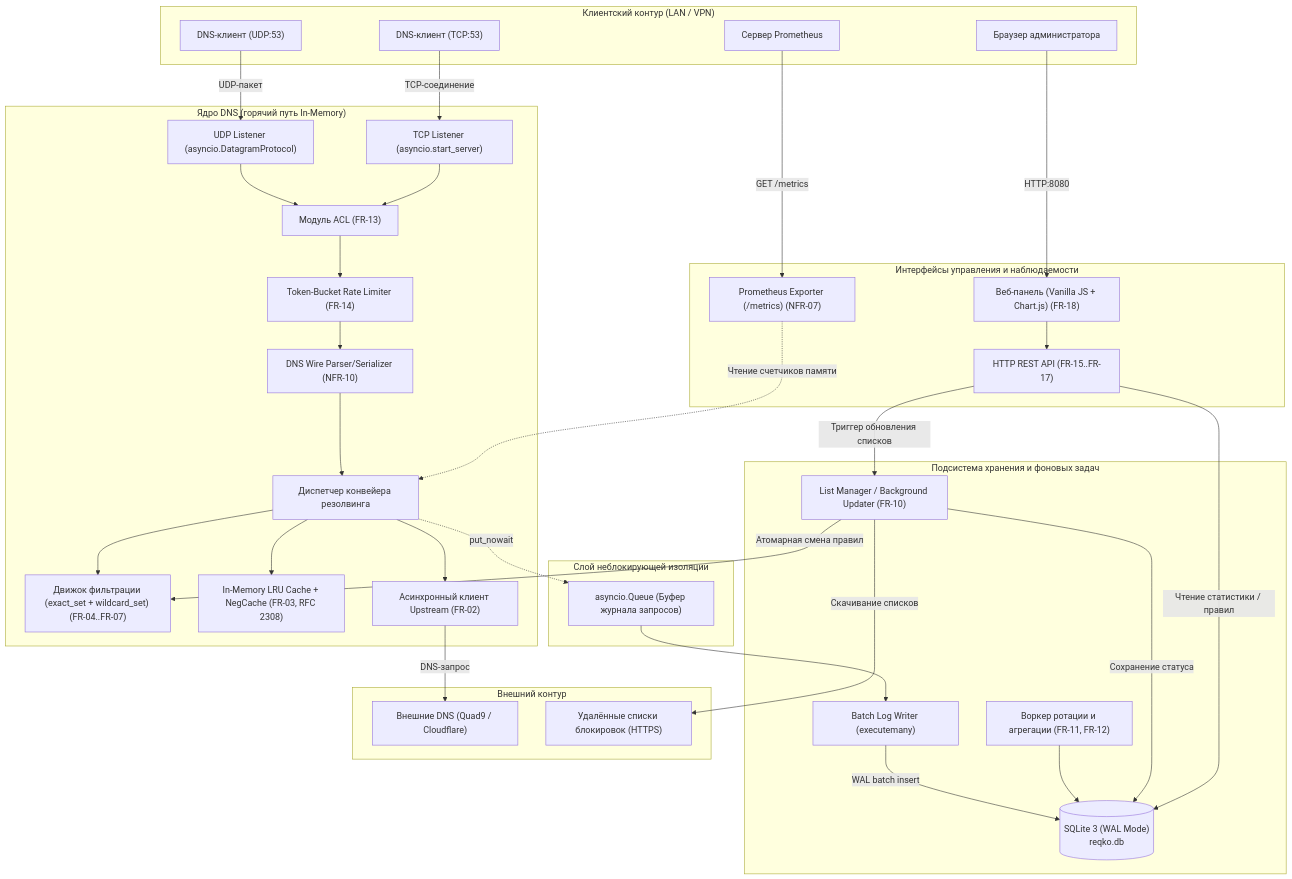
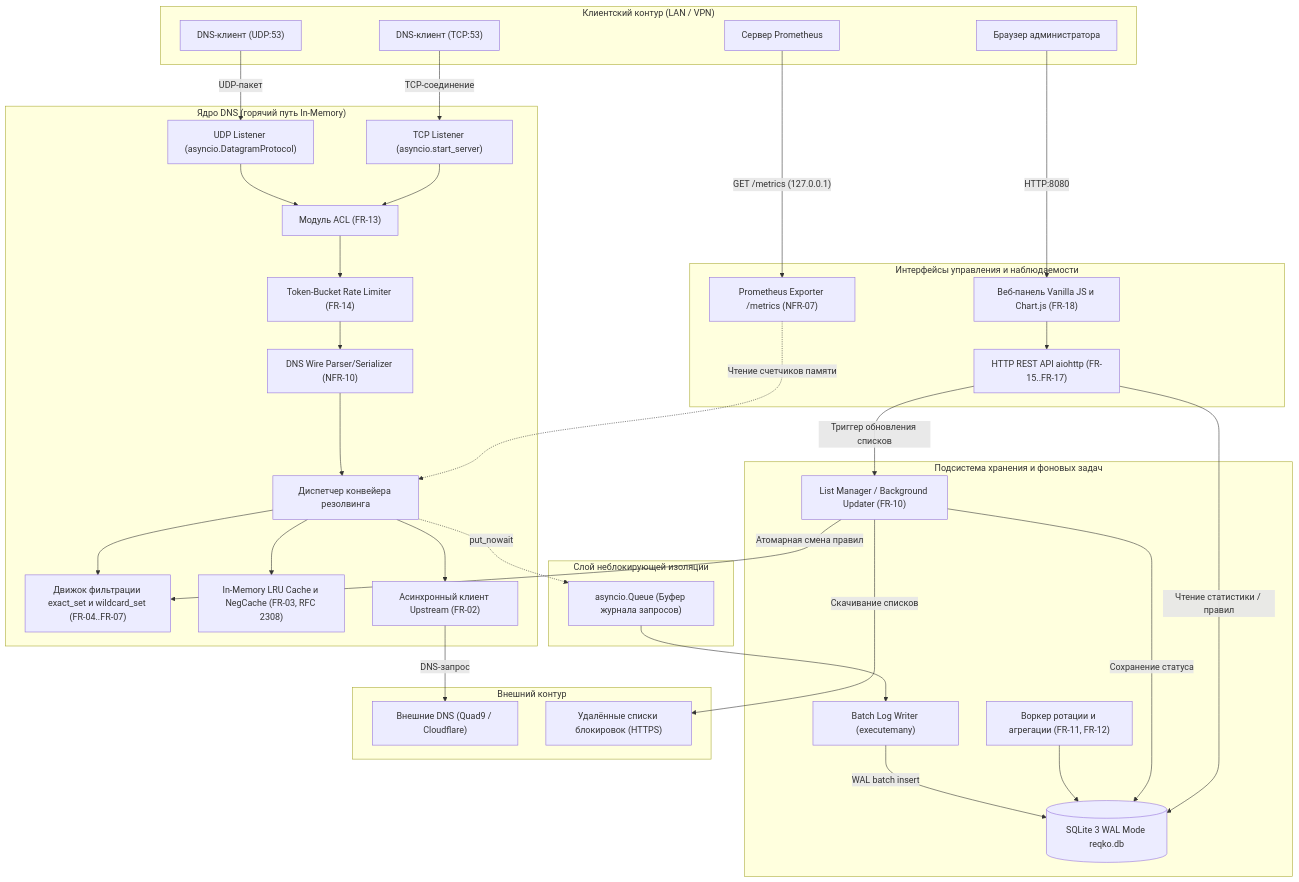
Before and after one commit to mimircore/ph-reqKO: the first of 4 diagrams in docs/03-architecture.md, drawn with Mermaid. The commit also changed other lines of this file and 1 other file, not shown here.

Commit message:
docs: fix objective 3 architecture issues

````diff
--- a/docs/03-architecture.md
+++ b/docs/03-architecture.md
@@ -47,72 +47,72 @@
 ```mermaid
 flowchart TD
     subgraph Clients["Клиентский контур (LAN / VPN)"]
         ClientUDP["DNS-клиент (UDP:53)"]
         ClientTCP["DNS-клиент (TCP:53)"]
         AdminBrowser["Браузер администратора"]
         PrometheusServer["Сервер Prometheus"]
     end
 
     subgraph CoreDNS["Ядро DNS (горячий путь In-Memory)"]
         ListenerUDP["UDP Listener (asyncio.DatagramProtocol)"]
         ListenerTCP["TCP Listener (asyncio.start_server)"]
         ACL["Модуль ACL (FR-13)"]
         RateLimiter["Token-Bucket Rate Limiter (FR-14)"]
         WireParser["DNS Wire Parser/Serializer (NFR-10)"]
         Pipeline["Диспетчер конвейера резолвинга"]
-        FilterEngine["Движок фильтрации (exact_set + wildcard_set) (FR-04..FR-07)"]
-        DNSCache["In-Memory LRU Cache + NegCache (FR-03, RFC 2308)"]
+        FilterEngine["Движок фильтрации exact_set и wildcard_set (FR-04..FR-07)"]
+        DNSCache["In-Memory LRU Cache и NegCache (FR-03, RFC 2308)"]
         UpstreamClient["Асинхронный клиент Upstream (FR-02)"]
     end
 
     subgraph AsyncQueueLayer["Слой неблокирующей изоляции"]
         LogQueue["asyncio.Queue (Буфер журнала запросов)"]
     end
 
     subgraph StorageLayer["Подсистема хранения и фоновых задач"]
         BatchWriter["Batch Log Writer (executemany)"]
         RetentionWorker["Воркер ротации и агрегации (FR-11, FR-12)"]
         ListUpdater["List Manager / Background Updater (FR-10)"]
-        SQLiteDB[("SQLite 3 (WAL Mode)\nreqko.db")]
+        SQLiteDB[("SQLite 3 WAL Mode reqko.db")]
     end
 
     subgraph Management["Интерфейсы управления и наблюдаемости"]
-        APIServer["HTTP REST API (FR-15..FR-17)"]
-        StaticUI["Веб-панель (Vanilla JS + Chart.js) (FR-18)"]
-        MetricsExporter["Prometheus Exporter (/metrics) (NFR-07)"]
+        APIServer["HTTP REST API aiohttp (FR-15..FR-17)"]
+        StaticUI["Веб-панель Vanilla JS и Chart.js (FR-18)"]
+        MetricsExporter["Prometheus Exporter /metrics (NFR-07)"]
     end
 
     subgraph UpstreamWorld["Внешний контур"]
         UpstreamDNS["Внешние DNS (Quad9 / Cloudflare)"]
         RemoteLists["Удалённые списки блокировок (HTTPS)"]
     end
 
-    ClientUDP -->|UDP-пакет| ListenerUDP
-    ClientTCP -->|TCP-соединение| ListenerTCP
+    ClientUDP -->|"UDP-пакет"| ListenerUDP
+    ClientTCP -->|"TCP-соединение"| ListenerTCP
     ListenerUDP --> ACL
     ListenerTCP --> ACL
     ACL --> RateLimiter
     RateLimiter --> WireParser
     WireParser --> Pipeline
 
     Pipeline --> FilterEngine
     Pipeline --> DNSCache
     Pipeline --> UpstreamClient
-    UpstreamClient -->|DNS-запрос| UpstreamDNS
+    UpstreamClient -->|"DNS-запрос"| UpstreamDNS
 
-    Pipeline -.->|put_nowait| LogQueue
+    Pipeline -.->|"put_nowait"| LogQueue
     LogQueue --> BatchWriter
-    BatchWriter -->|WAL batch insert| SQLiteDB
+    BatchWriter -->|"WAL batch insert"| SQLiteDB
     RetentionWorker --> SQLiteDB
 
-    ListUpdater -->|Скачивание списков| RemoteLists
-    ListUpdater -->|Атомарная смена правил| FilterEngine
-    ListUpdater -->|Сохранение статуса| SQLiteDB
+    ListUpdater -->|"Скачивание списков"| RemoteLists
+    ListUpdater -->|"Атомарная смена правил"| FilterEngine
+    ListUpdater -->|"Сохранение статуса"| SQLiteDB
 
-    AdminBrowser -->|HTTP:8080| StaticUI
+    AdminBrowser -->|"HTTP:8080"| StaticUI
     StaticUI --> APIServer
-    APIServer -->|Чтение статистики / правил| SQLiteDB
-    APIServer -->|Триггер обновления списков| ListUpdater
-    PrometheusServer -->|GET /metrics| MetricsExporter
-    MetricsExporter -.->|Чтение счетчиков памяти| Pipeline
+    APIServer -->|"Чтение статистики / правил"| SQLiteDB
+    APIServer -->|"Триггер обновления списков"| ListUpdater
+    PrometheusServer -->|"GET /metrics (127.0.0.1)"| MetricsExporter
+    MetricsExporter -.->|"Чтение счетчиков памяти"| Pipeline
 ```
````
